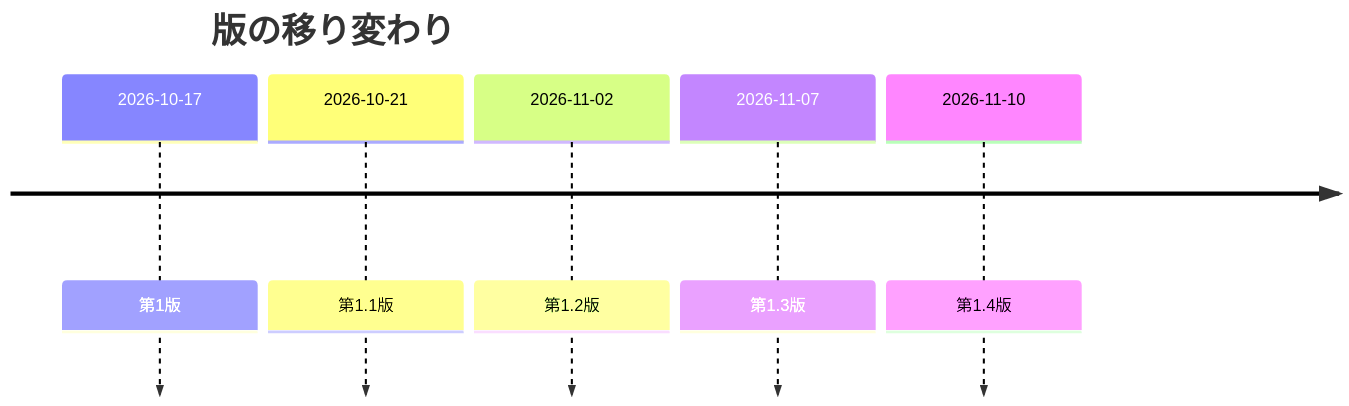
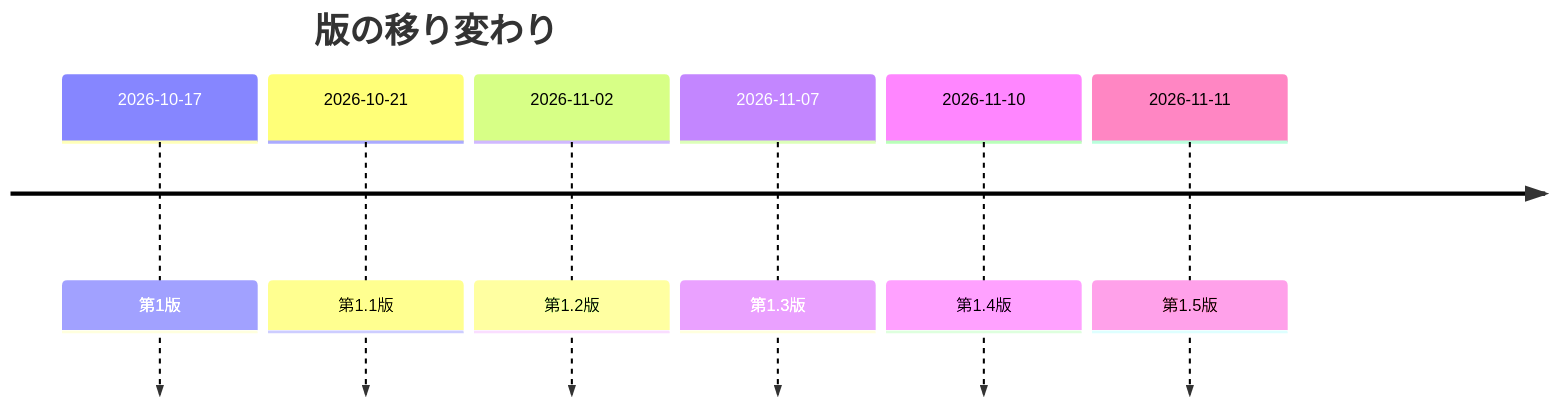
One commit to pocarialice/rpglearning changed diagram 11 of 11 in documents/要件定義書_RPG学習アプリ.md. Above: the diagram before and after it, drawn with Mermaid. The commit also changed other lines of this file and 1 other file, not shown here.

````diff
--- a/documents/要件定義書_RPG学習アプリ.md
+++ b/documents/要件定義書_RPG学習アプリ.md
@@ -450,9 +512,10 @@
 ```mermaid
 timeline
   title 版の移り変わり
   2026-10-17 : 第1版
   2026-10-21 : 第1.1版
   2026-11-02 : 第1.2版
   2026-11-07 : 第1.3版
   2026-11-10 : 第1.4版
+  2026-11-11 : 第1.5版
 ```
````
